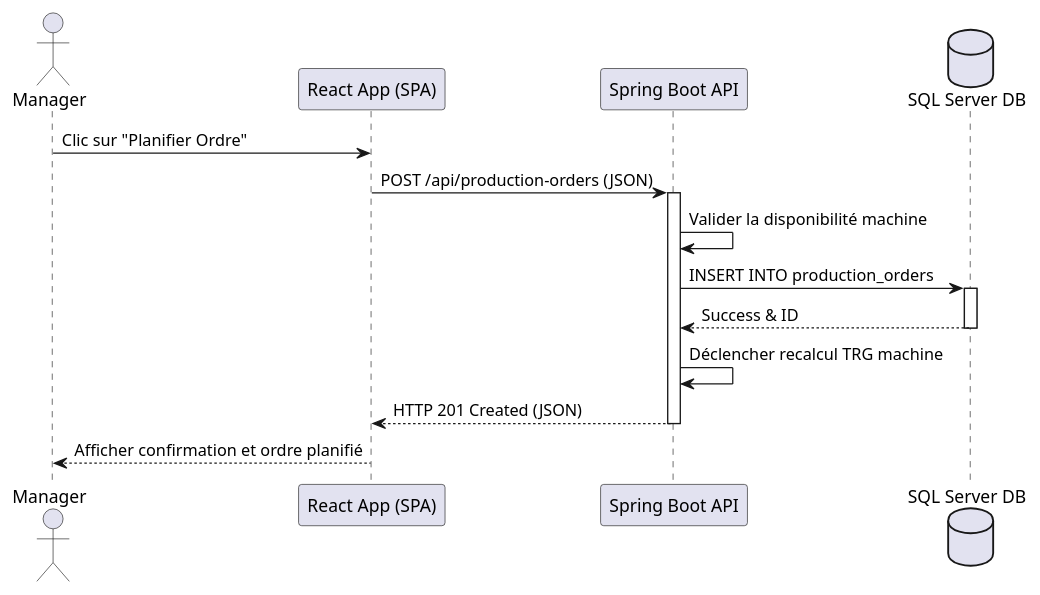
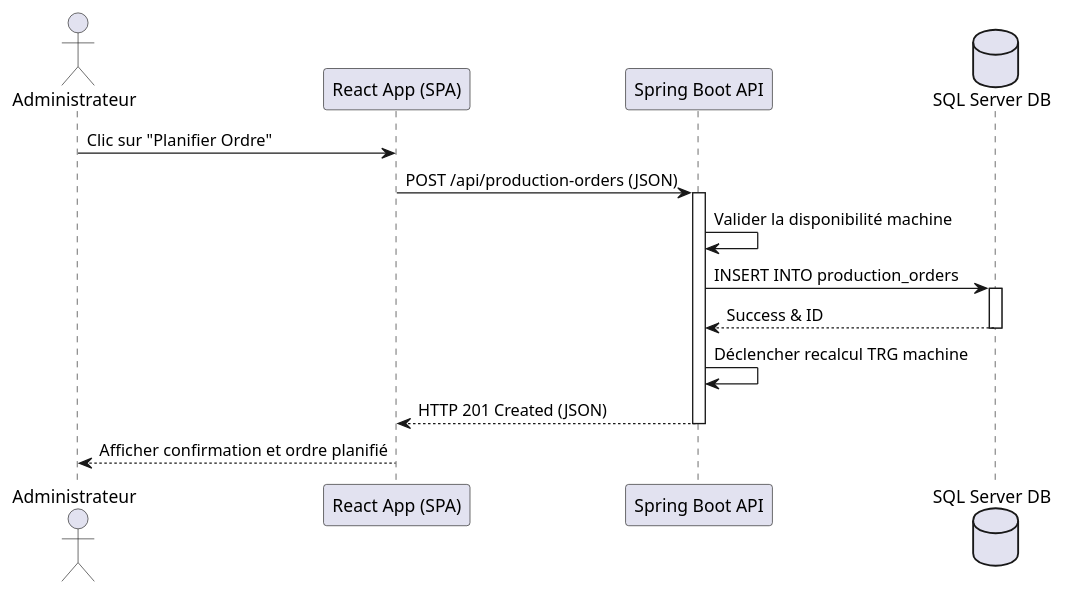
One commit to ayoubmek/PFE_data_science changed the diagram in Rapport/diagrams/sprint2_seq.puml. Above: the diagram before and after it, drawn with PlantUML. The commit also changed 142 other files, not shown here.

```diff
--- a/Rapport/diagrams/sprint2_seq.puml
+++ b/Rapport/diagrams/sprint2_seq.puml
@@ -1,19 +1,19 @@
 @startuml sprint2_seq
-actor "Manager" as MGR
+actor "Administrateur" as ADM
 participant "React App (SPA)" as React
 participant "Spring Boot API" as Spring
 database "SQL Server DB" as DB
 
-MGR -> React : Clic sur "Planifier Ordre"
+ADM -> React : Clic sur "Planifier Ordre"
 React -> Spring : POST /api/production-orders (JSON)
 activate Spring
 Spring -> Spring : Valider la disponibilité machine
 Spring -> DB : INSERT INTO production_orders
 activate DB
 DB --> Spring : Success & ID
 deactivate DB
 Spring -> Spring : Déclencher recalcul TRG machine
 Spring --> React : HTTP 201 Created (JSON)
 deactivate Spring
-React --> MGR : Afficher confirmation et ordre planifié
+React --> ADM : Afficher confirmation et ordre planifié
 @enduml
```
